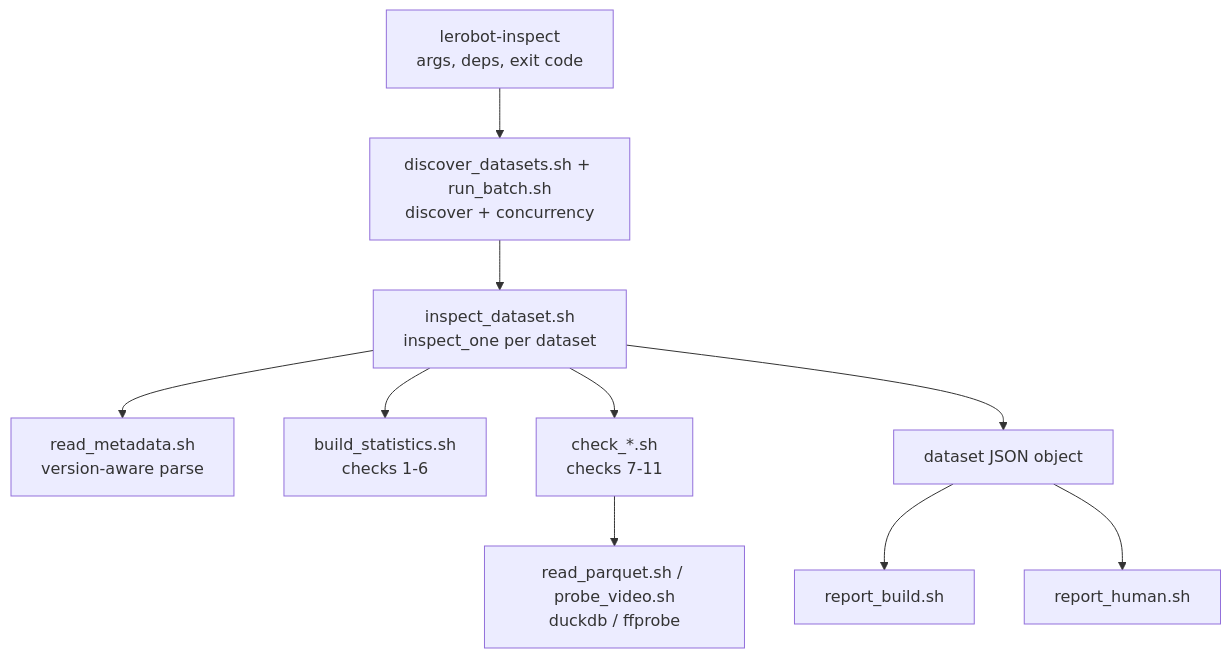
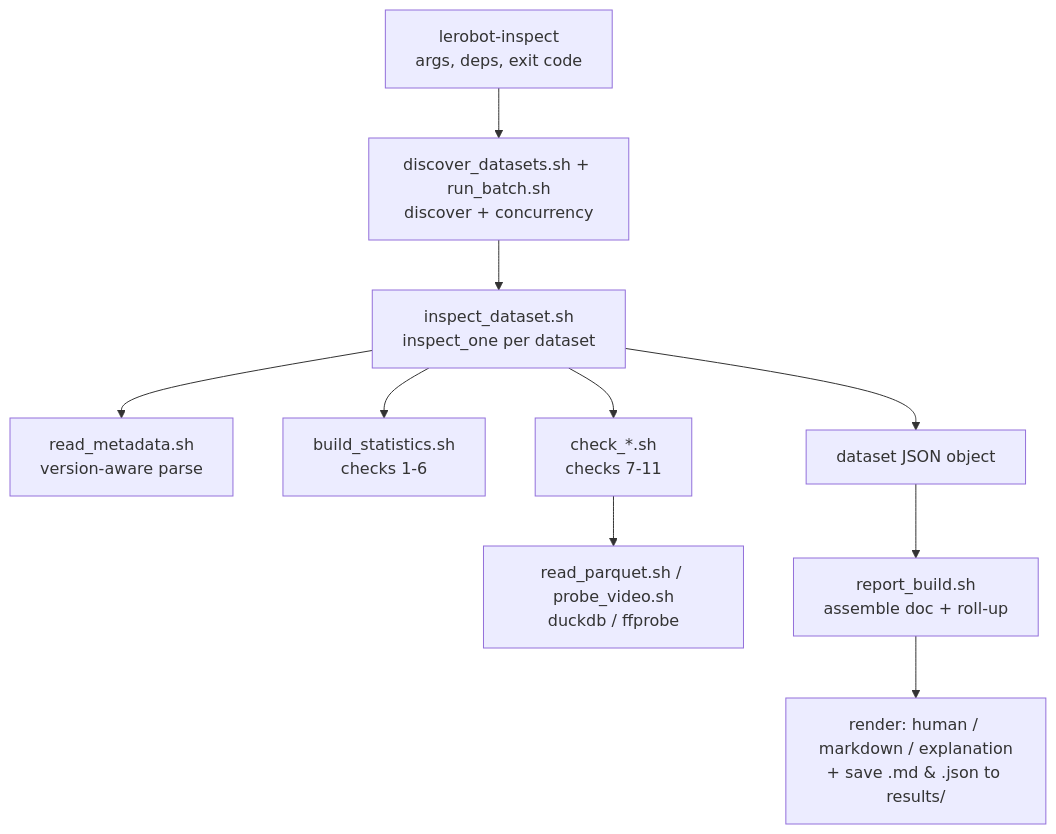
One commit to CK-EmbPro/lerobot-inspect changed the diagram in DESIGN.md. Above: the diagram before and after it, drawn with Mermaid. The commit also changed other lines of this file and 4 other files, not shown here.

````diff
--- a/DESIGN.md
+++ b/DESIGN.md
@@ -10,12 +10,12 @@
 ```mermaid
 flowchart TD
     A[lerobot-inspect<br/>args, deps, exit code] --> B[discover_datasets.sh + run_batch.sh<br/>discover + concurrency]
     B --> C[inspect_dataset.sh<br/>inspect_one per dataset]
     C --> D[read_metadata.sh<br/>version-aware parse]
     C --> E[build_statistics.sh<br/>checks 1-6]
     C --> F[check_*.sh<br/>checks 7-11]
     F --> G[read_parquet.sh / probe_video.sh<br/>duckdb / ffprobe]
     C --> H[dataset JSON object]
-    H --> I[report_build.sh]
-    H --> J[report_human.sh]
+    H --> I[report_build.sh<br/>assemble doc + roll-up]
+    I --> J[render: human / markdown / explanation<br/>+ save .md & .json to results/]
 ```
````
